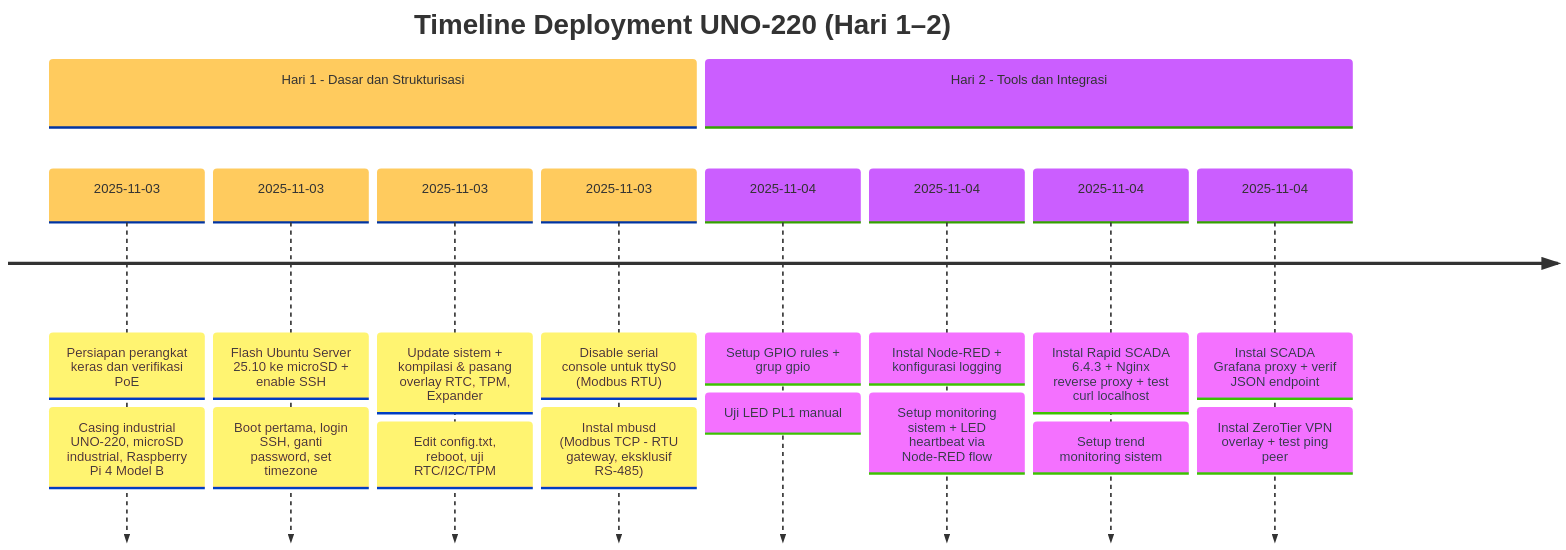
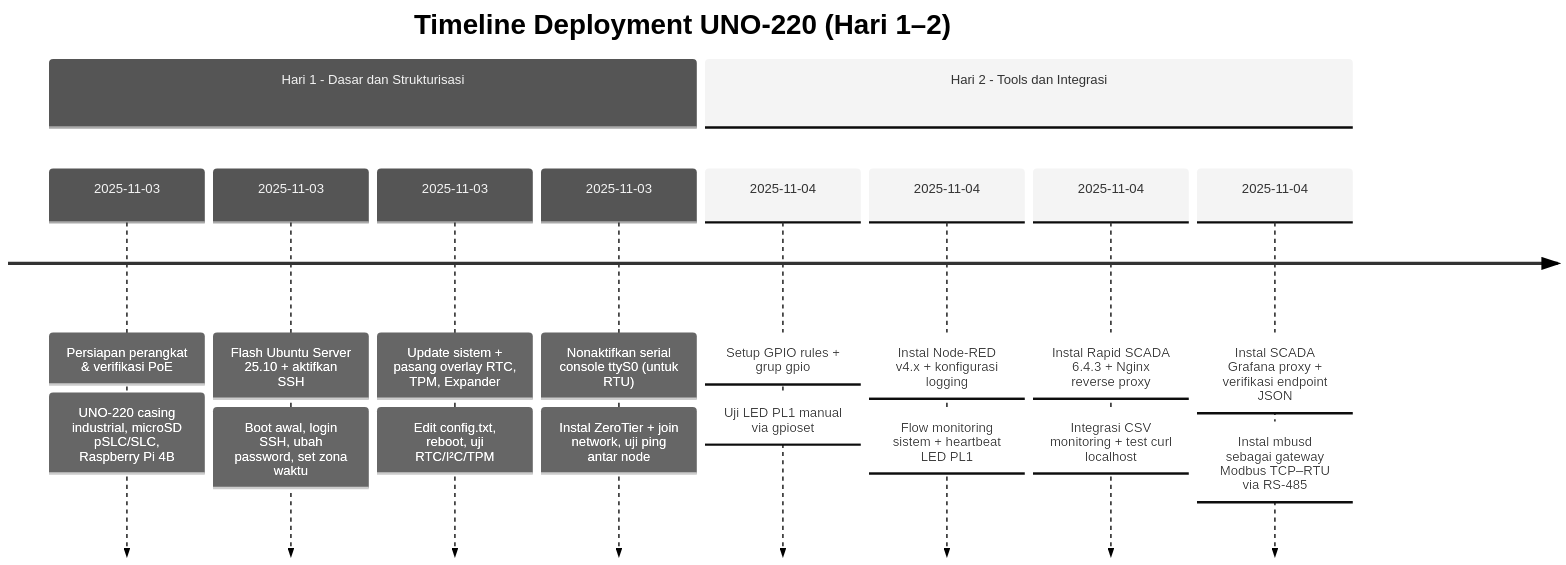
Before and after one commit to kumajaya/automation-blog: the second of 3 diagrams in docs/_posts/2025-10-23-menyiapkan-advantech-uno-220-sebagai-edge-device-industri.md, drawn with Mermaid. The commit also changed other lines of this file, not shown here.

```diff
--- a/docs/_posts/2025-10-23-menyiapkan-advantech-uno-220-sebagai-edge-device-industri.md
+++ b/docs/_posts/2025-10-23-menyiapkan-advantech-uno-220-sebagai-edge-device-industri.md
@@ -1467,25 +184,26 @@
 <div class="mermaid" style="width:110%;">
     ---
     config:
-      theme: base
+      theme: neutral
     ---
     timeline
         title Timeline Deployment UNO-220 (Hari 1–2)
         section Hari 1 - Dasar dan Strukturisasi
-          2025-11-03 : Persiapan perangkat keras dan verifikasi PoE
-            : Casing industrial UNO-220, microSD industrial, Raspberry Pi 4 Model B
-          2025-11-03 : Flash Ubuntu Server 25.10 ke microSD + enable SSH
-            : Boot pertama, login SSH, ganti password, set timezone
-          2025-11-03 : Update sistem + kompilasi &amp; pasang overlay RTC, TPM, Expander
-            : Edit config.txt, reboot, uji RTC/I2C/TPM
-          2025-11-03 : Disable serial console untuk ttyS0 (Modbus RTU)
-            : Instal mbusd (Modbus TCP - RTU gateway, eksklusif RS-485)
+            2025-11-03 : Persiapan perangkat &amp; verifikasi PoE
+            : UNO-220 casing industrial, microSD pSLC/SLC, Raspberry Pi 4B
+            2025-11-03 : Flash Ubuntu Server 25.10 + aktifkan SSH
+            : Boot awal, login SSH, ubah password, set zona waktu
+            2025-11-03 : Update sistem + pasang overlay RTC, TPM, Expander
+            : Edit config.txt, reboot, uji RTC/I²C/TPM
+            2025-11-03 : Nonaktifkan serial console ttyS0 (untuk RTU)
+            : Instal ZeroTier + join network, uji ping antar node
         section Hari 2 - Tools dan Integrasi
-          2025-11-04 : Setup GPIO rules + grup gpio : Uji LED PL1 manual
-          2025-11-04 : Instal Node-RED + konfigurasi logging
-            : Setup monitoring sistem + LED heartbeat via Node-RED flow
-          2025-11-04 : Instal Rapid SCADA 6.4.3 + Nginx reverse proxy + test curl localhost
-            : Setup trend monitoring sistem
-          2025-11-04 : Instal SCADA Grafana proxy + verif JSON endpoint
-            : Instal ZeroTier VPN overlay + test ping peer
+            2025-11-04 : Setup GPIO rules + grup gpio
+            : Uji LED PL1 manual via gpioset
+            2025-11-04 : Instal Node-RED v4.x + konfigurasi logging
+            : Flow monitoring sistem + heartbeat LED PL1
+            2025-11-04 : Instal Rapid SCADA 6.4.3 + Nginx reverse proxy
+            : Integrasi CSV monitoring + test curl localhost
+            2025-11-04 : Instal SCADA Grafana proxy + verifikasi endpoint JSON
+            : Instal mbusd sebagai gateway Modbus TCP–RTU via RS-485
 </div>
```
